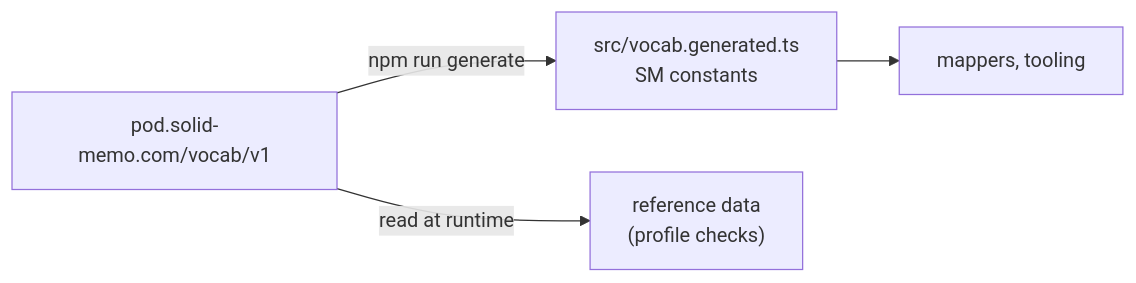
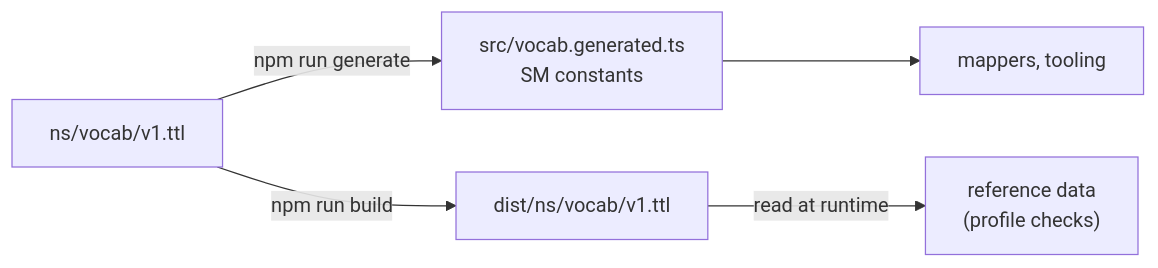
One commit to solid-memo/website changed the diagram in docs/vocab.md. Above: the diagram before and after it, drawn with Mermaid. The commit also changed other lines of this file and 19 other files, not shown here.

````diff
--- a/docs/vocab.md
+++ b/docs/vocab.md
@@ -26,6 +29,7 @@
 ```mermaid
 flowchart LR
-    pod["pod.solid-memo.com/vocab/v1"] -->|npm run generate| ts["src/vocab.generated.ts<br/>SM constants"]
+    ttl["ns/vocab/v1.ttl"] -->|npm run generate| ts["src/vocab.generated.ts<br/>SM constants"]
+    ttl -->|npm run build| dist["dist/ns/vocab/v1.ttl"]
     ts --> app["mappers, tooling"]
-    pod -->|read at runtime| refs["reference data<br/>(profile checks)"]
+    dist -->|read at runtime| refs["reference data<br/>(profile checks)"]
 ```
````
